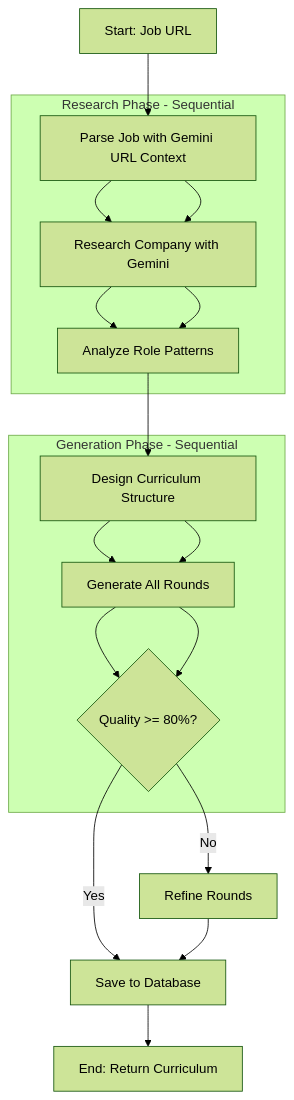
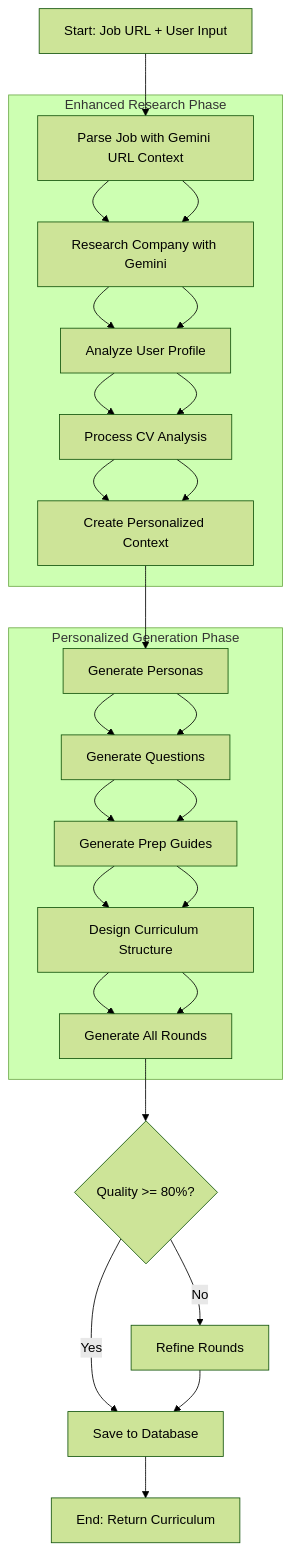
Before and after one commit to YvodeRooij/PrepTalk: the diagram in preptalk/docs/prd/3-curriculum-agent-prd.md, drawn with Mermaid (forest theme). The commit also changed other lines of this file, not shown here.

Commit message:
feat(curriculum): Enhance personalized interview preparation with user profiling and CV analysis integration

````diff
--- a/preptalk/docs/prd/3-curriculum-agent-prd.md
+++ b/preptalk/docs/prd/3-curriculum-agent-prd.md
@@ -54,21 +259,26 @@
 ```mermaid
 graph TD
-    A[Start: Job URL] --> B[Parse Job with Gemini URL Context];
+    A[Start: Job URL + User Input] --> B[Parse Job with Gemini URL Context];
     B --> C[Research Company with Gemini];
-    C --> D[Analyze Role Patterns];
-    D --> E[Design Curriculum Structure];
-    E --> F[Generate All Rounds];
-    F --> G{Quality >= 80%?};
-    G -->|Yes| H[Save to Database];
-    G -->|No| I[Refine Rounds];
-    I --> H;
-    H --> J[End: Return Curriculum];
+    C --> D[Analyze User Profile];
+    D --> E[Process CV Analysis];
+    E --> F[Create Personalized Context];
+    F --> G[Generate Personas];
+    G --> H[Generate Questions];
+    H --> I[Generate Prep Guides];
+    I --> J[Design Curriculum Structure];
+    J --> K[Generate All Rounds];
+    K --> L{Quality >= 80%?};
+    L -->|Yes| M[Save to Database];
+    L -->|No| N[Refine Rounds];
+    N --> M;
+    M --> O[End: Return Curriculum];
 
-    subgraph "Research Phase - Sequential"
-        B --> C --> D;
+    subgraph "Enhanced Research Phase"
+        B --> C --> D --> E --> F;
     end
 
-    subgraph "Generation Phase - Sequential"
-        E --> F --> G;
+    subgraph "Personalized Generation Phase"
+        G --> H --> I --> J --> K;
     end
 ```
````
